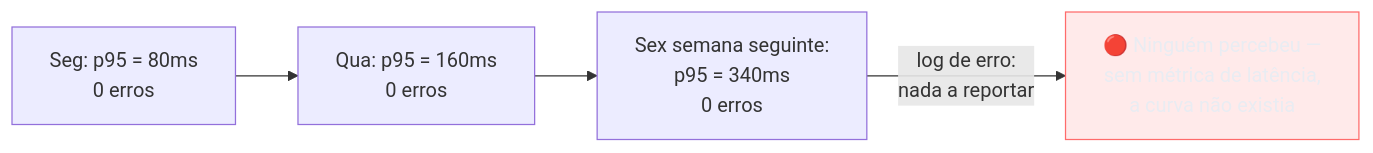
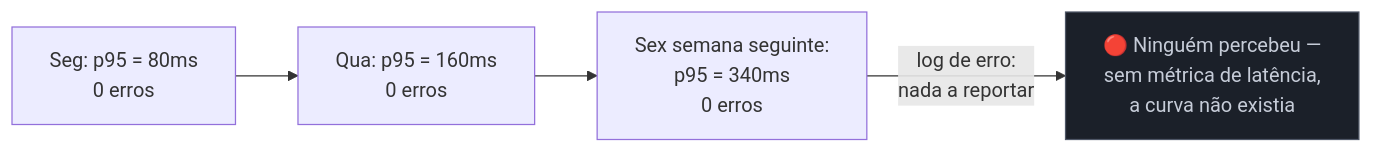
One commit to josenaldo/codex-technomanticus changed the first of 2 diagrams in 03-Dominios/Tecnologia/Python/Observabilidade e produção/03 - Métricas com OpenTelemetry e Prometheus client.md. Above: the diagram before and after it, drawn with Mermaid. The commit also changed other lines of this file and 601 other files, not shown here.

````diff
--- a/03-Dominios/Tecnologia/Python/Observabilidade e produção/03 - Métricas com OpenTelemetry e Prometheus client.md
+++ b/03-Dominios/Tecnologia/Python/Observabilidade e produção/03 - Métricas com OpenTelemetry e Prometheus client.md
@@ -35,8 +35,8 @@
 ```mermaid
 graph LR
-    classDef falha fill:#FF6B6B24,stroke:#FF6B6B,color:#E9ECF2
+    classDef neutro fill:#1B2029,stroke:#4E5666,color:#C6CCD8
     D1["Seg: p95 = 80ms<br/>0 erros"] --> D2["Qua: p95 = 160ms<br/>0 erros"]
     D2 --> D3["Sex semana seguinte:<br/>p95 = 340ms<br/>0 erros"]
     D3 -->|"log de erro:<br/>nada a reportar"| BLIND["🔴 Ninguém percebeu —<br/>sem métrica de latência,<br/>a curva não existia"]
-    class BLIND falha
+    class BLIND neutro
 ```
````
